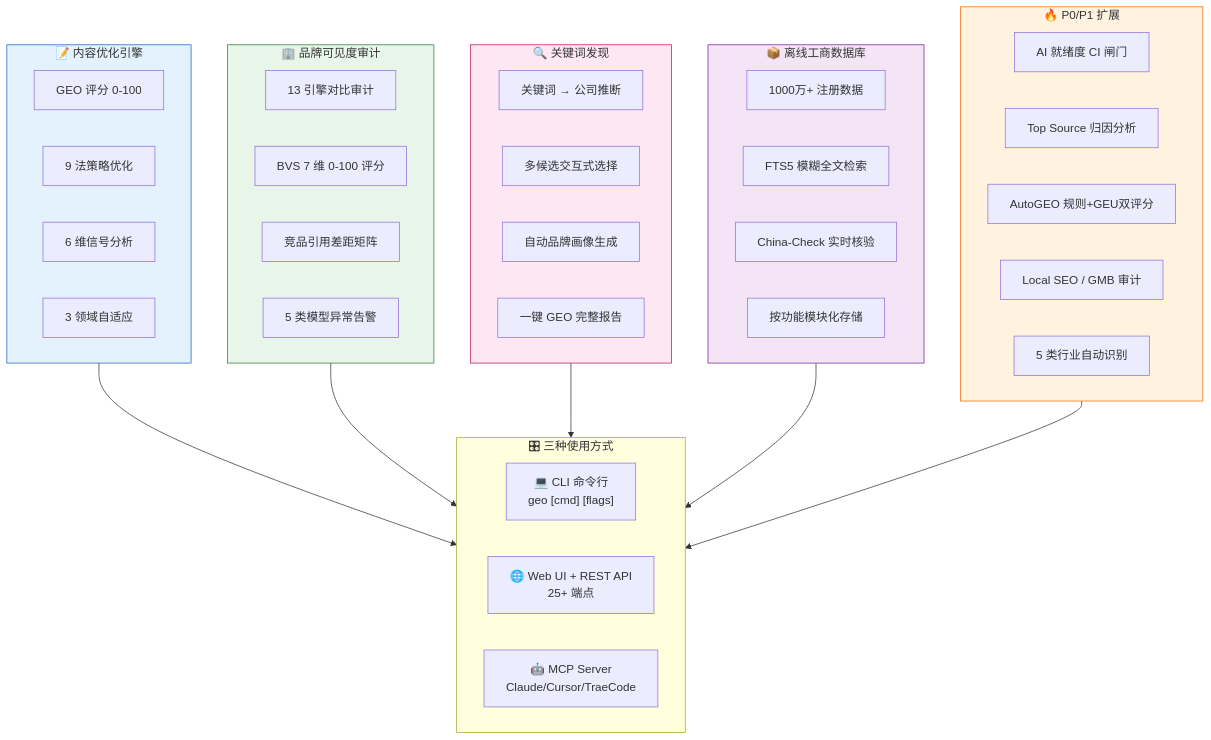
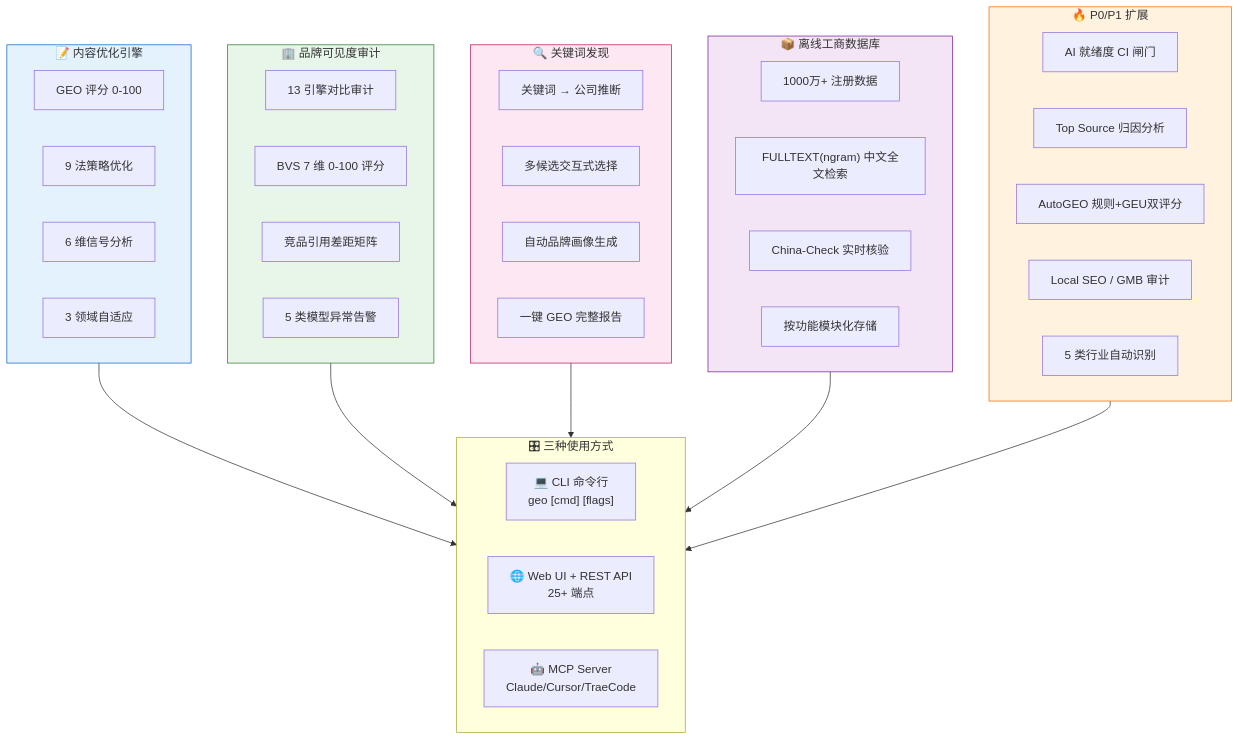
Before and after one commit to deep2code/geo: the eighth of 29 diagrams in docs/getting-started.md, drawn with Mermaid. The commit also changed other lines of this file and 26 other files, not shown here.

````diff
--- a/docs/getting-started.md
+++ b/docs/getting-started.md
@@ -206,52 +206,52 @@
 ```mermaid
 graph TB
     subgraph 内容优化["📝 内容优化引擎"]
         A1["GEO 评分 0-100"]
         A2["9 法策略优化"]
         A3["6 维信号分析"]
         A4["3 领域自适应"]
     end
 
     subgraph 品牌审计["🏢 品牌可见度审计"]
         B1["13 引擎对比审计"]
         B2["BVS 7 维 0-100 评分"]
         B3["竞品引用差距矩阵"]
         B4["5 类模型异常告警"]
     end
 
     subgraph 关键词发现["🔍 关键词发现"]
         K1["关键词 → 公司推断"]
         K2["多候选交互式选择"]
         K3["自动品牌画像生成"]
         K4["一键 GEO 完整报告"]
     end
 
     subgraph 工商数据["📦 离线工商数据库"]
         C1["1000万+ 注册数据"]
-        C2["FTS5 模糊全文检索"]
+        C2["FULLTEXT(ngram) 中文全文检索"]
         C3["China-Check 实时核验"]
         C4["按功能模块化存储"]
     end
 
     subgraph 高级功能["🔥 P0/P1 扩展"]
         D1["AI 就绪度 CI 闸门"]
         D2["Top Source 归因分析"]
         D3["AutoGEO 规则+GEU双评分"]
         D4["Local SEO / GMB 审计"]
         D5["5 类行业自动识别"]
     end
 
     subgraph 使用方式["🎛 三种使用方式"]
         E1["💻 CLI 命令行<br/>geo [cmd] [flags]"]
         E2["🌐 Web UI + REST API<br/>25+ 端点"]
         E3["🤖 MCP Server<br/>Claude/Cursor/TraeCode"]
     end
 
     内容优化 & 品牌审计 & 关键词发现 & 工商数据 & 高级功能 --> 使用方式
 
     style 内容优化 fill:#e3f2fd,stroke:#1565c0
     style 品牌审计 fill:#e8f5e9,stroke:#2e7d32
     style 关键词发现 fill:#fce7f3,stroke:#be185d
     style 工商数据 fill:#f3e5f5,stroke:#7b1fa2
     style 高级功能 fill:#fff3e0,stroke:#ef6c00
 ```
````
